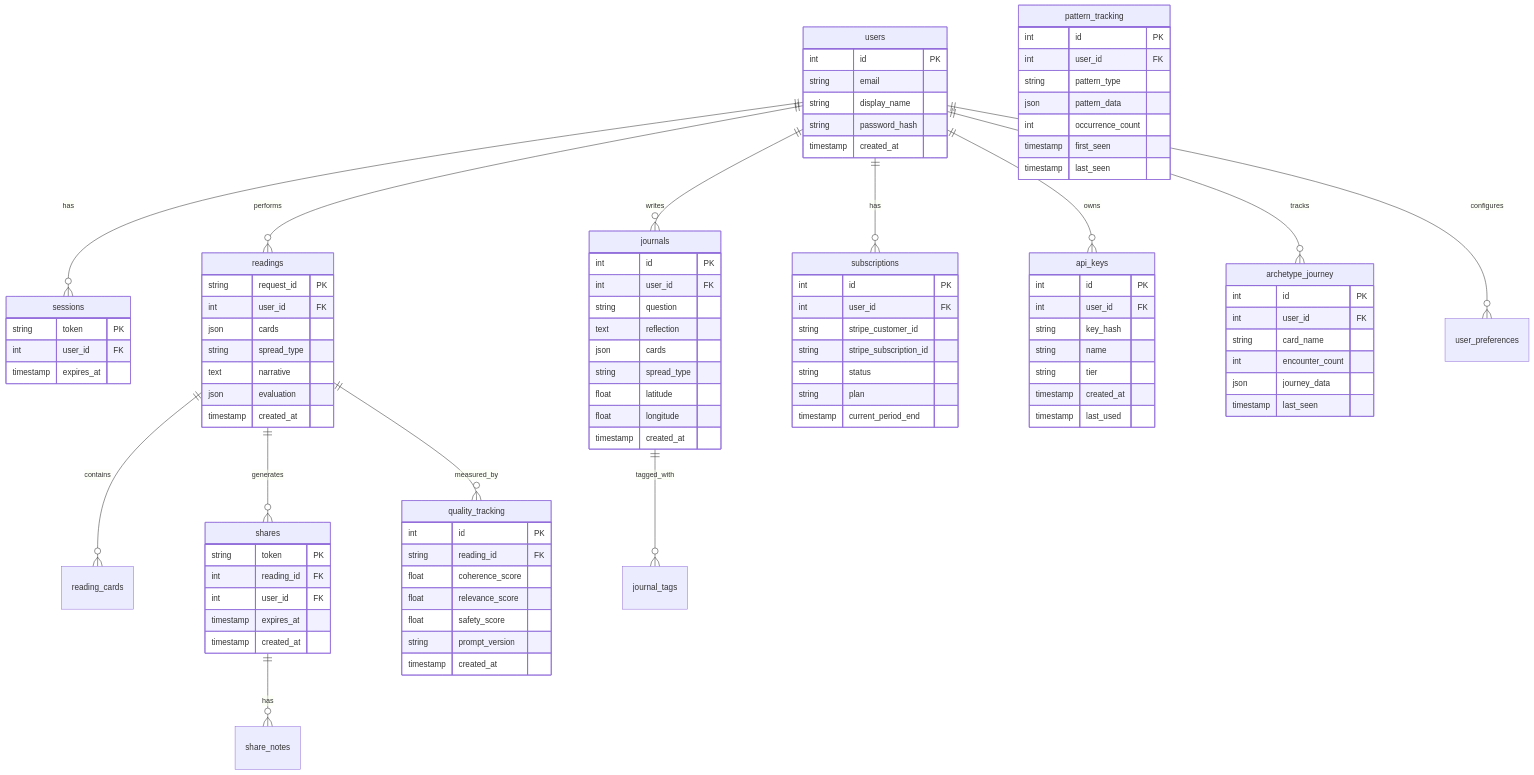
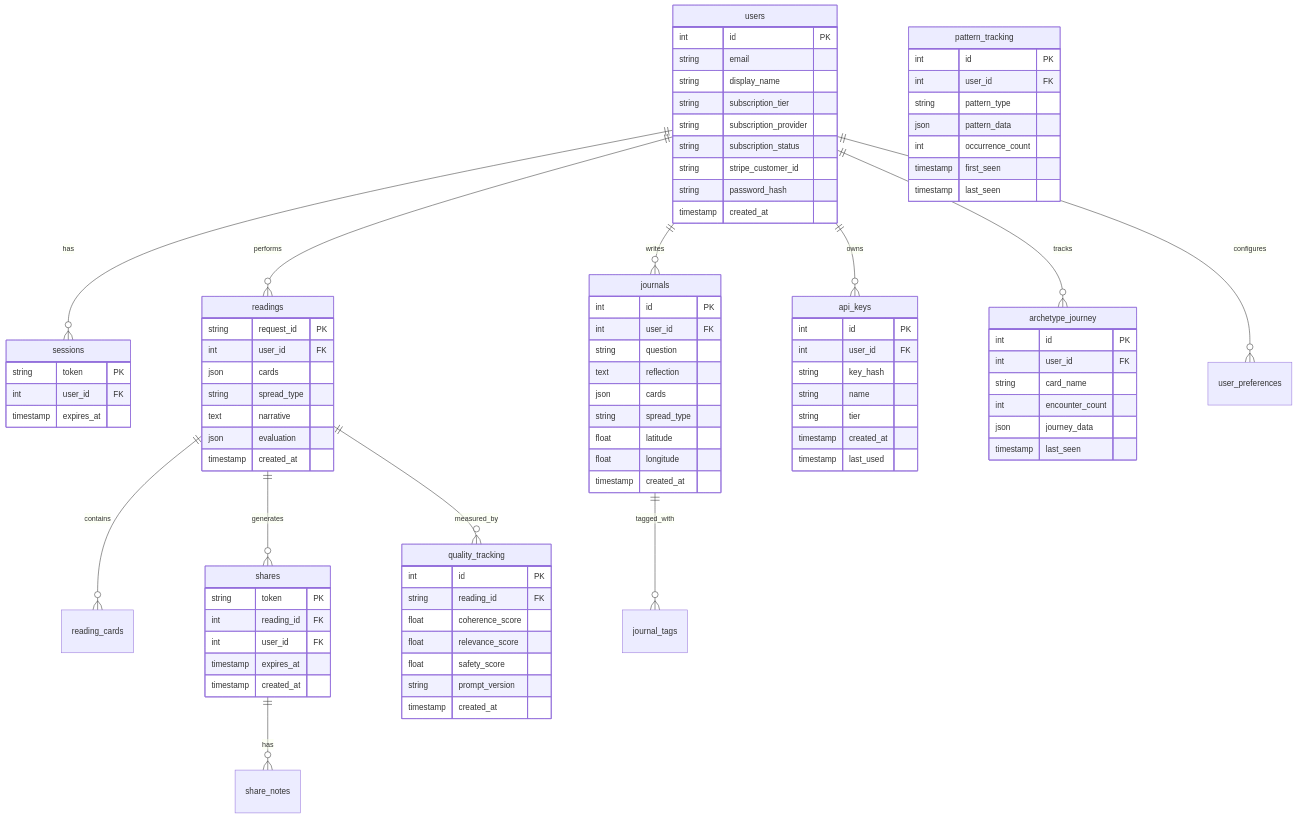
One commit to henryperkins/tarot changed diagram 16 of 19 in docs/architecture/full-system-diagrams.md. Above: the diagram before and after it, drawn with Mermaid. The commit also changed other lines of this file and 77 other files, not shown here.

```diff
--- a/docs/architecture/full-system-diagrams.md
+++ b/docs/architecture/full-system-diagrams.md
@@ -704,7 +706,6 @@
     users ||--o{ sessions : has
     users ||--o{ journals : writes
     users ||--o{ readings : performs
-    users ||--o{ subscriptions : has
     users ||--o{ api_keys : owns
     users ||--o{ archetype_journey : tracks
     users ||--o{ user_preferences : configures
@@ -721,6 +722,10 @@
         int id PK
         string email
         string display_name
+        string subscription_tier
+        string subscription_provider
+        string subscription_status
+        string stripe_customer_id
         string password_hash
         timestamp created_at
     }
@@ -751,16 +756,6 @@
         text narrative
         json evaluation
         timestamp created_at
-    }
-
-    subscriptions {
-        int id PK
-        int user_id FK
-        string stripe_customer_id
-        string stripe_subscription_id
-        string status
-        string plan
-        timestamp current_period_end
     }
 
     archetype_journey {
```
